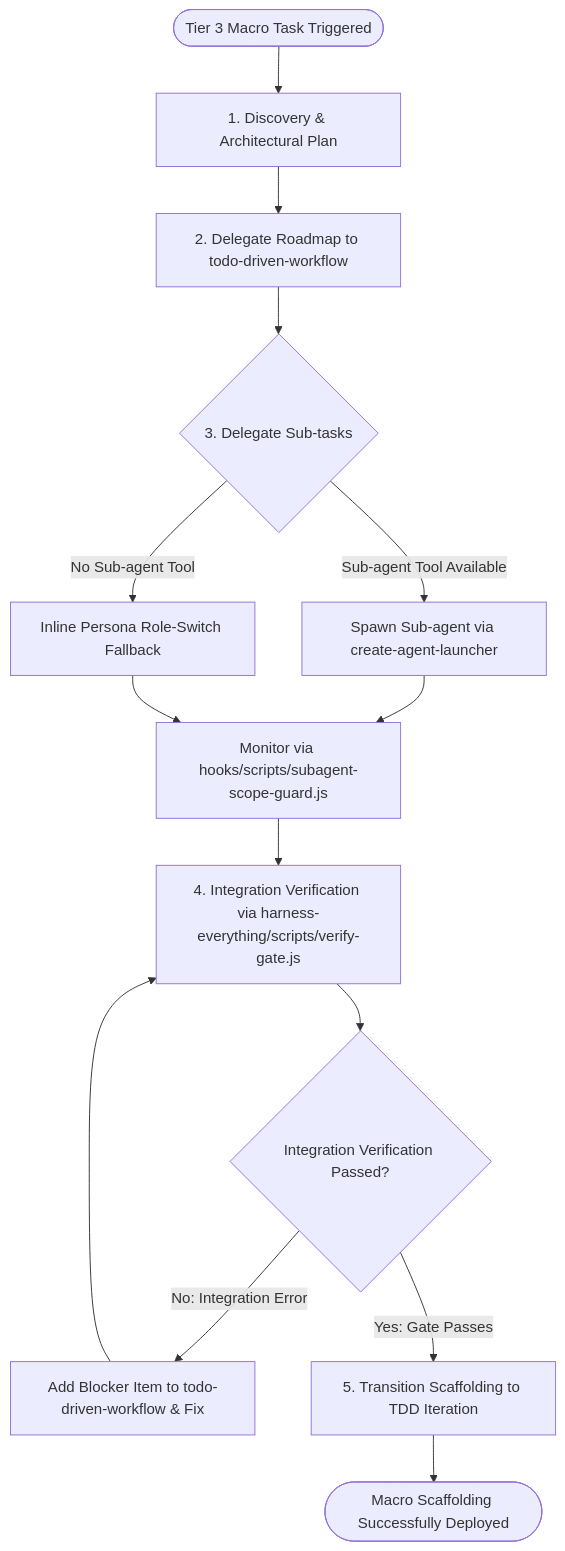
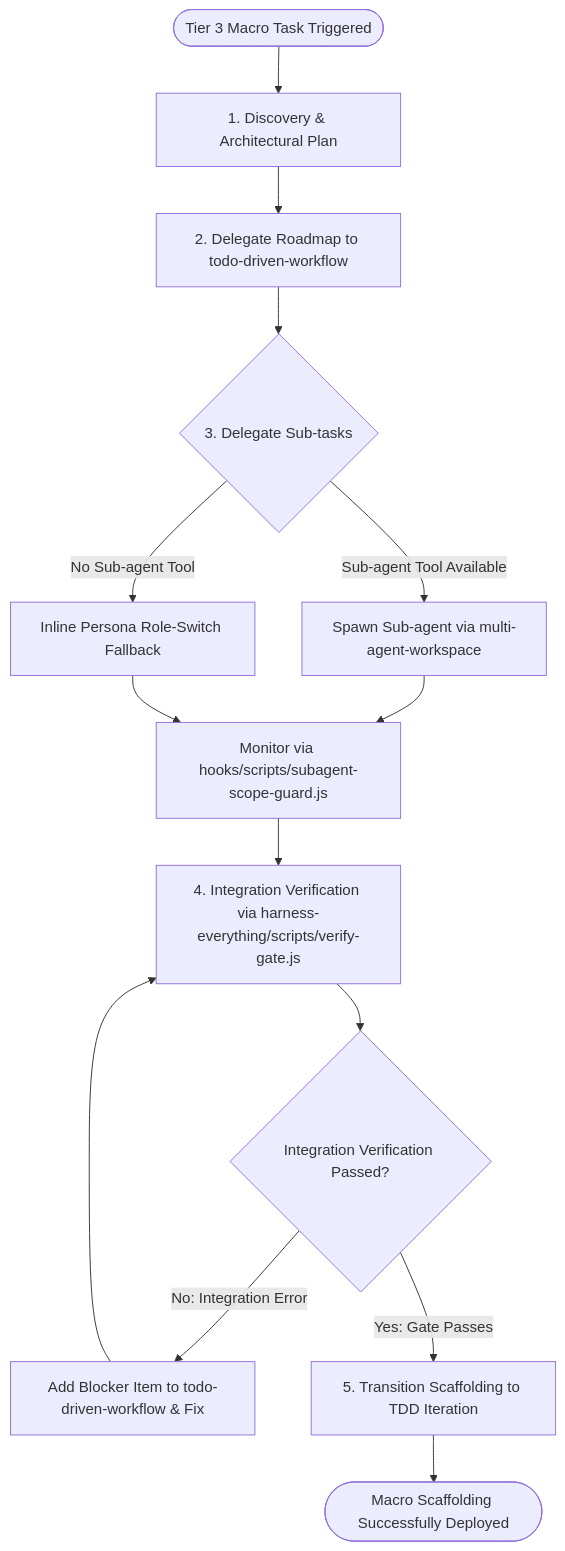
Before and after one commit to dyphn1/Harness-everything: the diagram in docs/workflows/fable-mode.md, drawn with Mermaid. The commit also changed 77 other files, not shown here.

Commit message:
feat(multi-agent): Unify workspace and specialist launcher

````diff
--- a/docs/workflows/fable-mode.md
+++ b/docs/workflows/fable-mode.md
@@ -11,19 +11,19 @@
 ```mermaid
 graph TD
   Start([Tier 3 Macro Task Triggered]) --> Discovery["1. Discovery & Architectural Plan"]
   Discovery --> InitTodo["2. Delegate Roadmap to todo-driven-workflow"]
   
   InitTodo --> Delegate{3. Delegate Sub-tasks}
-  Delegate -->|Sub-agent Tool Available| SpawnSub["Spawn Sub-agent via create-agent-launcher"]
+  Delegate -->|Sub-agent Tool Available| SpawnSub["Spawn Sub-agent via multi-agent-workspace"]
   Delegate -->|No Sub-agent Tool| InlinePersona["Inline Persona Role-Switch Fallback"]
   
   SpawnSub --> ScopeCheck["Monitor via hooks/scripts/subagent-scope-guard.js"]
   InlinePersona --> ScopeCheck
   
   ScopeCheck --> VerifyStep["4. Integration Verification via harness-everything/scripts/verify-gate.js"]
   VerifyStep --> CheckGate{Integration Verification Passed?}
   
   CheckGate -->|No: Integration Error| FixBlocker["Add Blocker Item to todo-driven-workflow & Fix"] --> VerifyStep
   CheckGate -->|Yes: Gate Passes| Transition["5. Transition Scaffolding to TDD Iteration"]
   Transition --> End([Macro Scaffolding Successfully Deployed])
 ```
````
